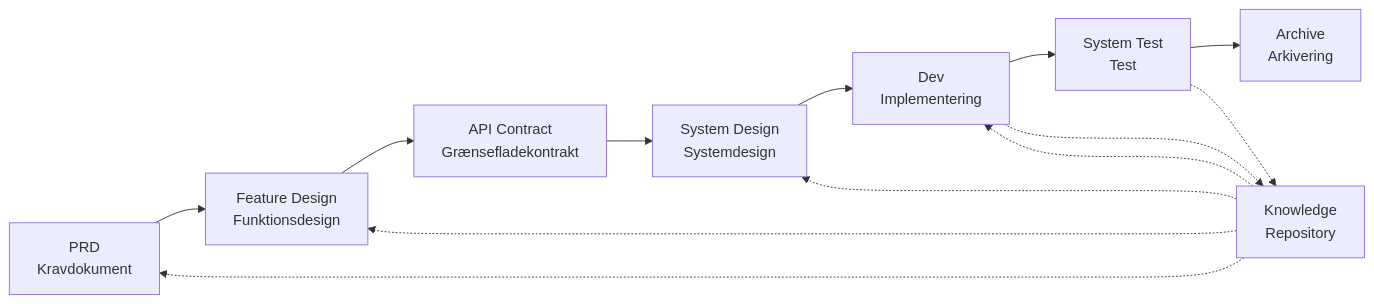
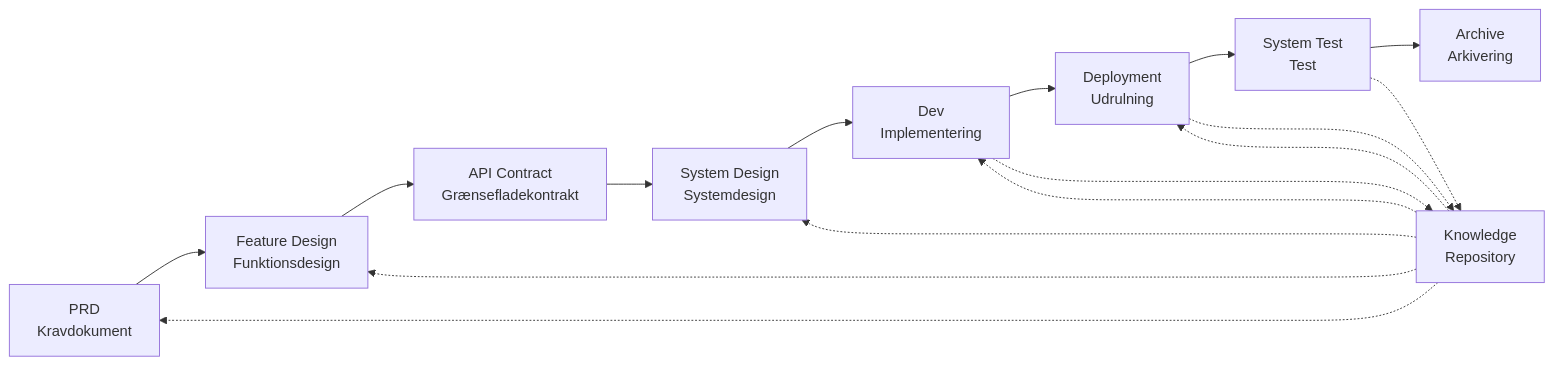
One commit to charlesmu99/speccrew changed the diagram in README.da.md. Above: the diagram before and after it, drawn with Mermaid. The commit also changed other lines of this file and 35 other files, not shown here.

````diff
--- a/README.da.md
+++ b/README.da.md
@@ -166,17 +166,20 @@
 ```mermaid
 graph LR
     A[PRD<br/>Kravdokument] --> B[Feature Design<br/>Funktionsdesign]
     B --> C[API Contract<br/>Grænsefladekontrakt]
     C --> D[System Design<br/>Systemdesign]
     D --> E[Dev<br/>Implementering]
-    E --> F[System Test<br/>Test]
-    F --> G[Archive<br/>Arkivering]
+    E --> F[Deployment<br/>Udrulning]
+    F --> G[System Test<br/>Test]
+    G --> H[Archive<br/>Arkivering]
     
-    H[Knowledge<br/>Repository] -.-> A
-    H -.-> B
-    H -.-> D
-    H -.-> E
+    I[Knowledge<br/>Repository] -.-> A
+    I -.-> B
+    I -.-> D
+    I -.-> E
+    I -.-> F
     
-    E -.-> H
-    F -.-> H
+    E -.-> I
+    F -.-> I
+    G -.-> I
 ```
````
